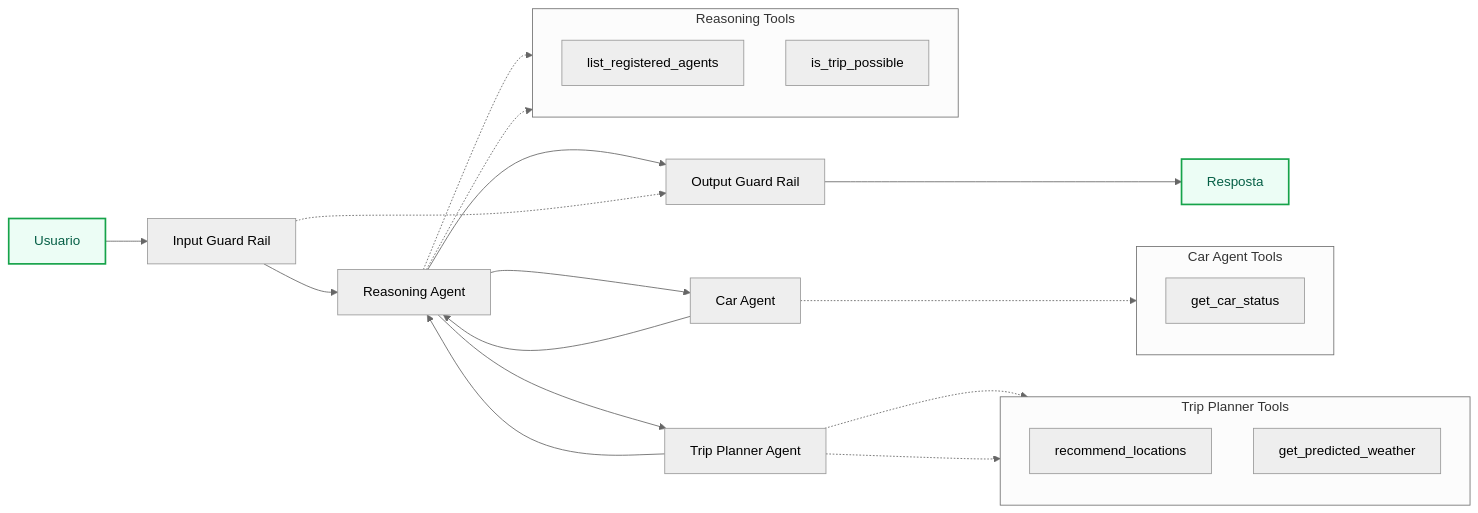
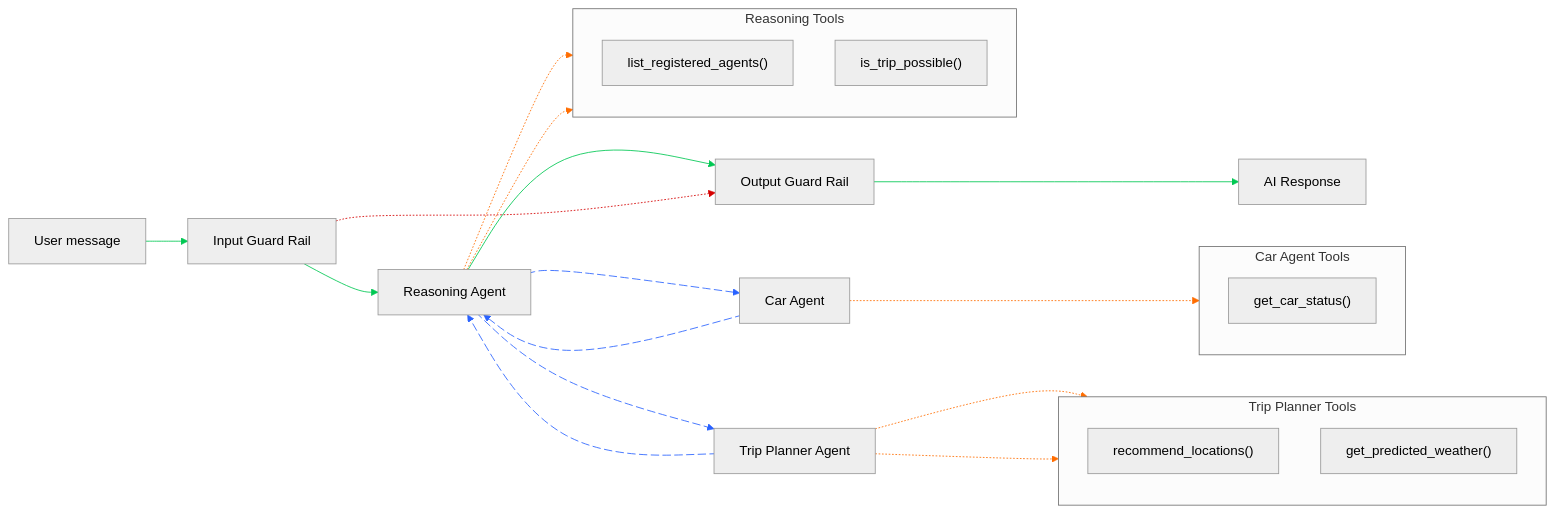
The diagram in README.md (klausbegnis/car-system-agentic-ai), drawn with Mermaid (neutral theme) before and after one commit. The commit also changed other lines of this file and 5 other files, not shown here.

````diff
--- a/README.md
+++ b/README.md
@@ -27,47 +27,57 @@
 ```mermaid
 flowchart LR
-  %% --- Main path (VISIBLE) ---
-  U[Usuario] --> IGR[Input Guard Rail]
-  IGR --> RN[Reasoning Agent]
-  RN --> OGR[Output Guard Rail]
-  OGR --> END[Resposta]
+ subgraph RNT["Reasoning Tools"]
+    direction TB
+        RN_T1["list_registered_agents()"]
+        RN_T2["is_trip_possible()"]
+  end
+ subgraph CART["Car Agent Tools"]
+    direction TB
+        CAR_T1["get_car_status()"]
+  end
+ subgraph TRIPT["Trip Planner Tools"]
+    direction TB
+        TRIP_T1["recommend_locations()"]
+        TRIP_T2["get_predicted_weather()"]
+  end
+    IGR["Input Guard Rail"] L_IGR_RN_0@--> RN["Reasoning Agent"]
+    RN L_RN_OGR_0@--> OGR["Output Guard Rail"] & CAR["Car Agent"] & TRIP["Trip Planner Agent"]
+    CAR L_CAR_RN_0@--> RN
+    TRIP L_TRIP_RN_0@--> RN
+    IGR -.-> OGR
+    RN L_RN_RN_T1_0@-.-> RN_T1 & RN_T2
+    CAR L_CAR_CAR_T1_0@-.-> CAR_T1
+    TRIP L_TRIP_TRIP_T1_0@-.-> TRIP_T1 & TRIP_T2
+    n1["User message"] --> IGR
+    OGR --> n2["AI Response"]
 
-  %% --- Agent calls (no labels) ---
-  RN --> CAR[Car Agent]
-  CAR --> RN
-  RN --> TRIP[Trip Planner Agent]
-  TRIP --> RN
+    n1@{ shape: rect}
+    n2@{ shape: rect}
+    classDef visibleNode fill:#ECFDF5,stroke:#16a34a,color:#065f46,stroke-width:2px
+    linkStyle 0 stroke:#00C853,fill:none
+    linkStyle 1 stroke:#00C853,fill:none
+    linkStyle 2 stroke:#2962FF,fill:none
+    linkStyle 3 stroke:#2962FF,fill:none
+    linkStyle 4 stroke:#2962FF,fill:none
+    linkStyle 5 stroke:#2962FF,fill:none
+    linkStyle 6 stroke:#D50000,fill:none
+    linkStyle 7 stroke:#FF6D00,fill:none
+    linkStyle 8 stroke:#FF6D00,fill:none
+    linkStyle 9 stroke:#FF6D00,fill:none
+    linkStyle 10 stroke:#FF6D00,fill:none
+    linkStyle 11 stroke:#FF6D00,fill:none
+    linkStyle 12 stroke:#00C853,fill:none
+    linkStyle 13 stroke:#00C853
 
-  %% --- Error route directly to Output Guard Rail ---
-  IGR -.-> OGR
-
-  %% --- Tools (allowed only) ---
-  subgraph RNT[Reasoning Tools]
-    direction TB
-    RN_T1[list_registered_agents]
-    RN_T2[is_trip_possible]
-  end
-  RN -.-> RN_T1
-  RN -.-> RN_T2
-
-  subgraph CART[Car Agent Tools]
-    direction TB
-    CAR_T1[get_car_status]
-  end
-  CAR -.-> CAR_T1
-
-  subgraph TRIPT[Trip Planner Tools]
-    direction TB
-    TRIP_T1[recommend_locations]
-    TRIP_T2[get_predicted_weather]
-  end
-  TRIP -.-> TRIP_T1
-  TRIP -.-> TRIP_T2
-
-  %% ===== Styles =====
-  %% visible nodes (Usuario and Resposta)
-  classDef visibleNode fill:#ECFDF5,stroke:#16a34a,color:#065f46,stroke-width:2px;
-  class U,END visibleNode;
-
-  %% visible path (first four links in the diagram order above)
+    L_IGR_RN_0@{ animation: none } 
+    L_RN_OGR_0@{ animation: none } 
+    L_RN_CAR_0@{ animation: fast } 
+    L_RN_TRIP_0@{ animation: fast } 
+    L_CAR_RN_0@{ animation: fast } 
+    L_TRIP_RN_0@{ animation: fast } 
+    L_RN_RN_T1_0@{ animation: none } 
+    L_RN_RN_T2_0@{ animation: none } 
+    L_CAR_CAR_T1_0@{ animation: none } 
+    L_TRIP_TRIP_T1_0@{ animation: none } 
+    L_TRIP_TRIP_T2_0@{ animation: none } 
 ```
````
